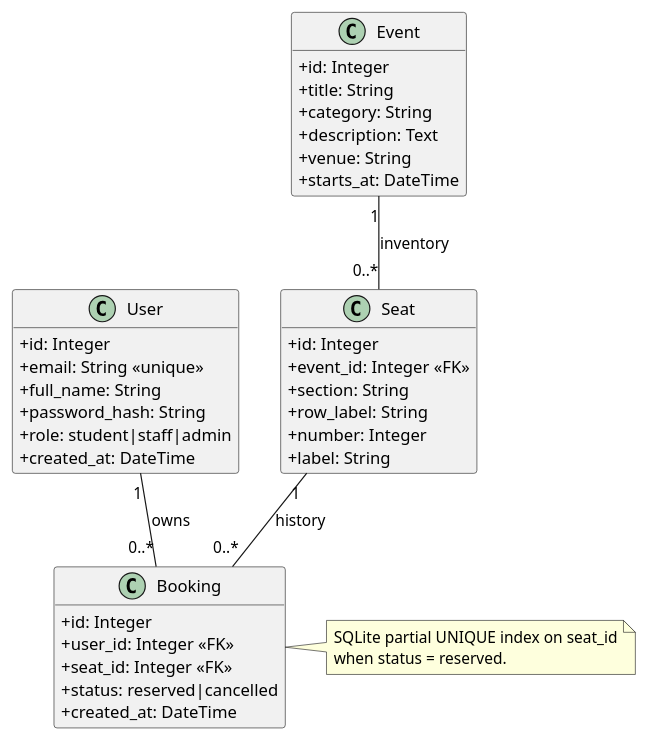
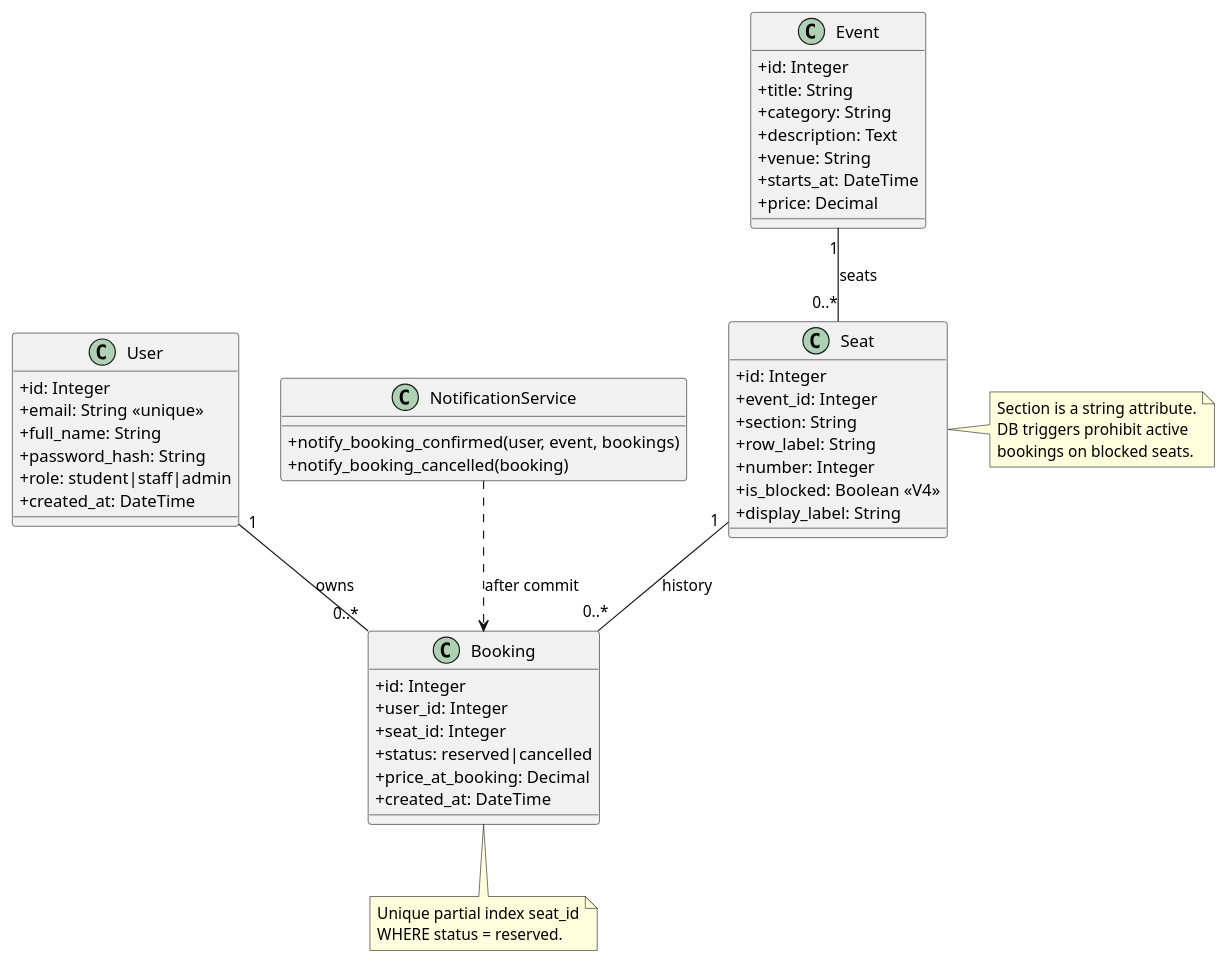
The second of 6 diagrams in docs/uml.md (ItsMONIKAAKTER/CSTBS), drawn with PlantUML before and after one commit. The commit also changed other lines of this file and 31 other files, not shown here.

````diff
--- a/docs/uml.md
+++ b/docs/uml.md
@@ -48,46 +50,56 @@
 ```plantuml
 @startuml
-hide methods
 skinparam classAttributeIconSize 0
 class User {
   +id: Integer
   +email: String <<unique>>
   +full_name: String
   +password_hash: String
   +role: student|staff|admin
   +created_at: DateTime
 }
 class Event {
   +id: Integer
   +title: String
   +category: String
   +description: Text
   +venue: String
   +starts_at: DateTime
-  +price: Numeric(10,2)
+  +price: Decimal
 }
 class Seat {
   +id: Integer
-  +event_id: Integer <<FK>>
+  +event_id: Integer
   +section: String
   +row_label: String
   +number: Integer
-  +label: String
+  +is_blocked: Boolean <<V4>>
+  +display_label: String
 }
 class Booking {
   +id: Integer
-  +user_id: Integer <<FK>>
-  +seat_id: Integer <<FK>>
+  +user_id: Integer
+  +seat_id: Integer
   +status: reserved|cancelled
-  +price_at_booking: Numeric(10,2)
+  +price_at_booking: Decimal
   +created_at: DateTime
 }
+class NotificationService {
+  +notify_booking_confirmed(user, event, bookings)
+  +notify_booking_cancelled(booking)
+}
 User "1" -- "0..*" Booking : owns
-Event "1" -- "0..*" Seat : inventory
+Event "1" -- "0..*" Seat : seats
 Seat "1" -- "0..*" Booking : history
-note right of Booking
-  SQLite partial UNIQUE index on seat_id
-  when status = reserved.
+NotificationService ..> Booking : after commit
+note right of Seat
+  Section is a string attribute.
+  DB triggers prohibit active
+  bookings on blocked seats.
+end note
+note bottom of Booking
+  Unique partial index seat_id
+  WHERE status = reserved.
 end note
 @enduml
 ```
````
